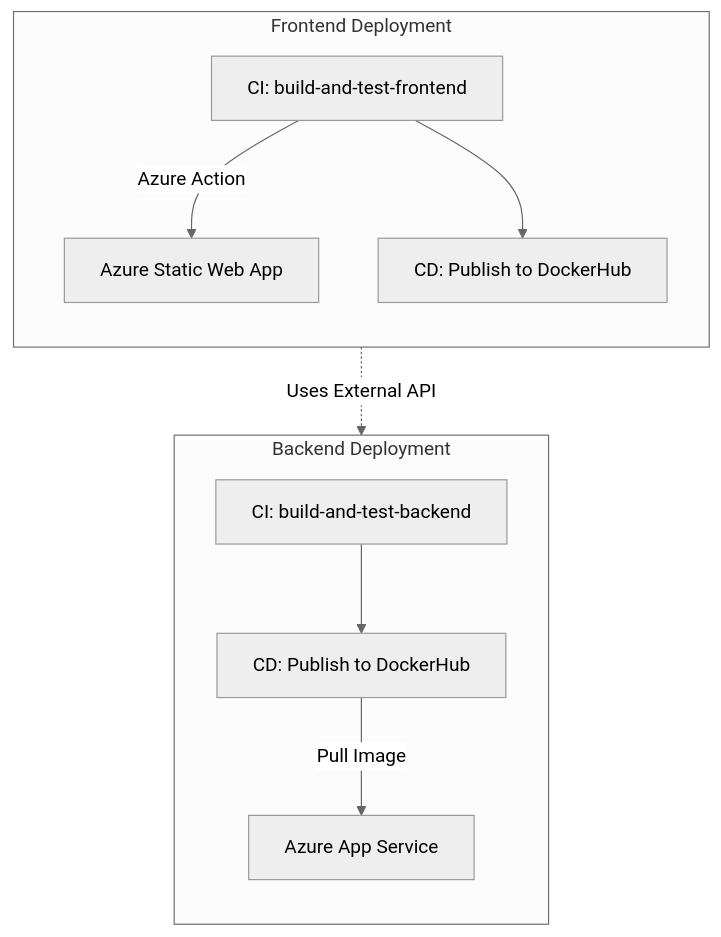
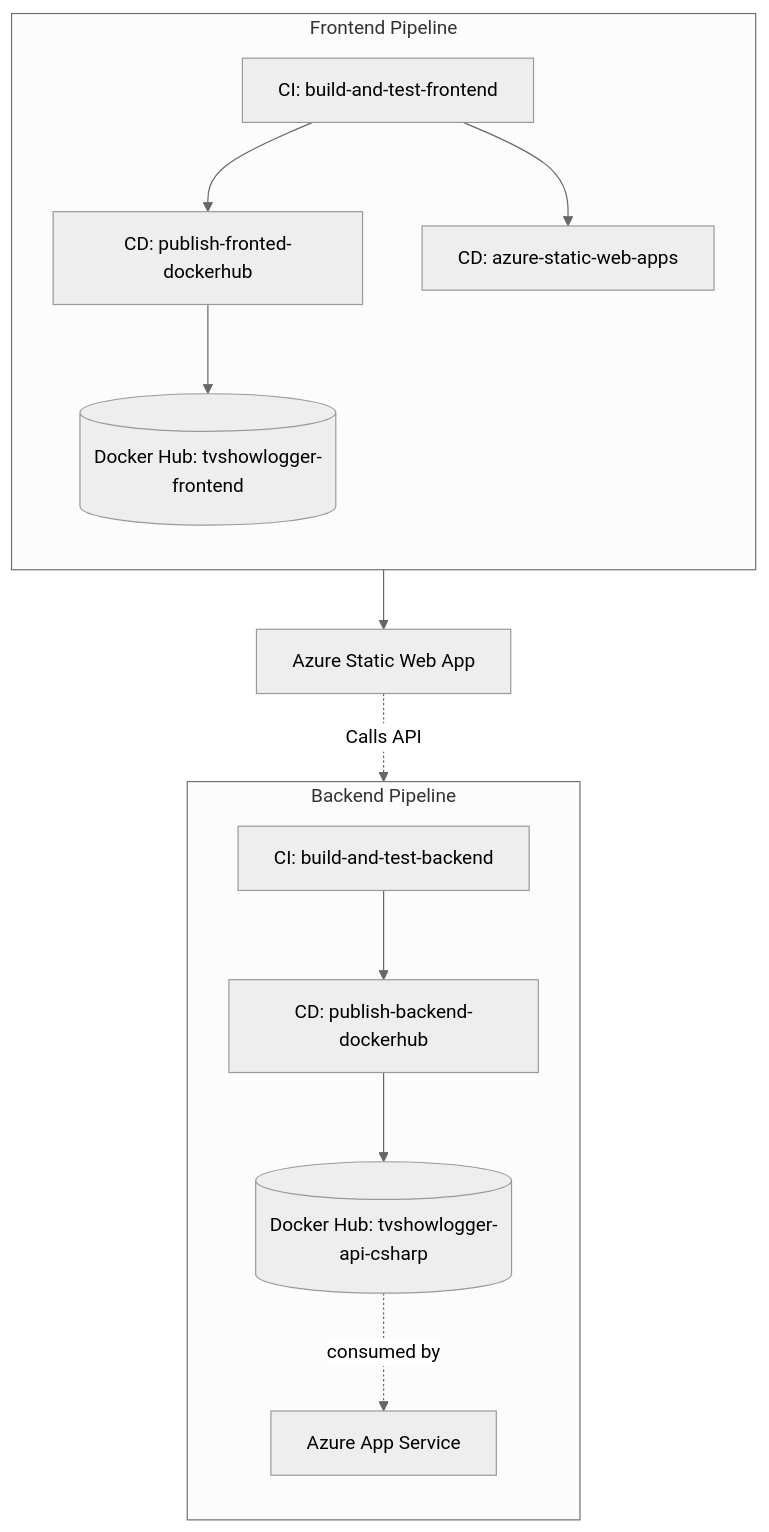
One commit to nikolaihg/Experis-Codecool-Team-Project changed the second of 2 diagrams in README.md. Above: the diagram before and after it, drawn with Mermaid (neutral theme). The commit also changed other lines of this file, not shown here.

````diff
--- a/README.md
+++ b/README.md
@@ -112,17 +116,22 @@
 ```mermaid
 graph TD
-    subgraph Backend [Backend Deployment]
+    subgraph Backend [Backend Pipeline]
         direction TB
-        B_Action[CI: build-and-test-backend]
-        B_Action --> B_DockerHub[CD: Publish to DockerHub]
-        B_DockerHub --> |Pull Image| B_Azure[Azure App Service]
+        B_CI[CI: build-and-test-backend]
+        B_CD[CD: publish-backend-dockerhub]
+        B_CI --> B_CD
+        B_CD --> B_IMG[(Docker Hub: tvshowlogger-api-csharp)]
+        B_IMG -. consumed by .-> B_Azure[Azure App Service]
     end
 
-    subgraph Frontend [Frontend Deployment]
+    subgraph Frontend [Frontend Pipeline]
         direction TB
-        F_Action[CI: build-and-test-frontend] --> |Azure Action| F_Static[Azure Static Web App]
-        F_Action --> F_DockerHub[CD: Publish to DockerHub]
+        F_CI[CI: build-and-test-frontend]
+        F_CI --> F_DH[CD: publish-fronted-dockerhub]
+        F_CI --> F_AZ[CD: azure-static-web-apps]
+        F_DH --> F_IMG[(Docker Hub: tvshowlogger-frontend)]
     end
 
-    F_Static -.-> |Uses External API| B_Azure
+    F_AZ --> F_Static[Azure Static Web App]
+    F_Static -.-> |Calls API| B_Azure
 ```
````
